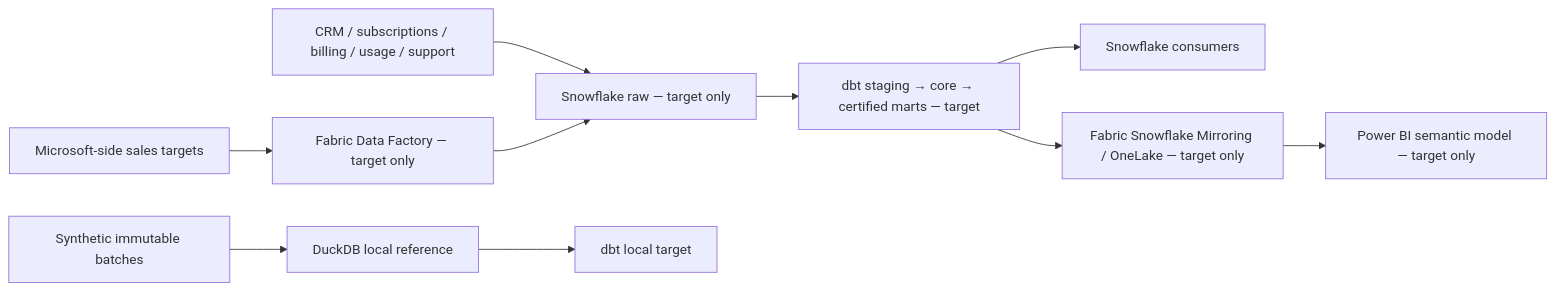
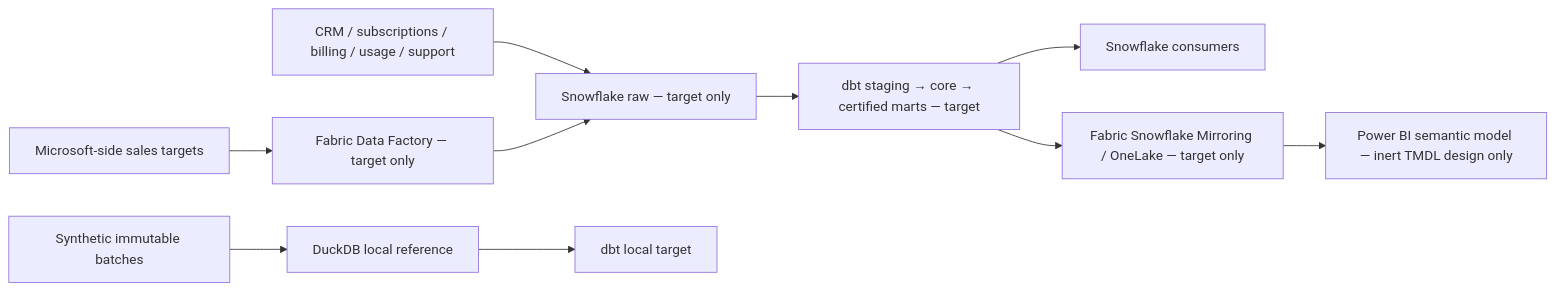
Before and after one commit to shree-basu/saas-revenue-customer-intelligence-platform: the diagram in README.md, drawn with Mermaid. The commit also changed other lines of this file and 2 other files, not shown here.

Commit message:
docs: close evidence boundaries and gate semantic CI

````diff
--- a/README.md
+++ b/README.md
@@ -13,11 +13,11 @@
 ```mermaid
 flowchart LR
   CRM[CRM / subscriptions / billing / usage / support] --> RAW[Snowflake raw — target only]
   PLAN[Microsoft-side sales targets] --> FDF[Fabric Data Factory — target only] --> RAW
   RAW --> DBT[dbt staging → core → certified marts — target]
   DBT --> SF[Snowflake consumers]
   DBT --> MIRROR[Fabric Snowflake Mirroring / OneLake — target only]
-  MIRROR --> PBI[Power BI semantic model — target only]
+  MIRROR --> PBI[Power BI semantic model — inert TMDL design only]
   LOCAL[Synthetic immutable batches] --> DUCK[DuckDB local reference]
   DUCK --> LDBT[dbt local target]
 ```
````
